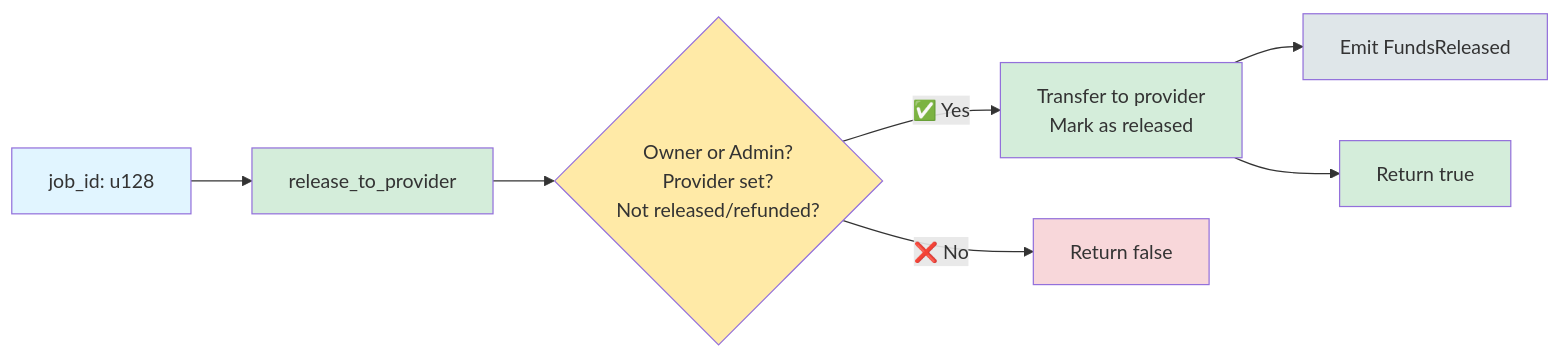
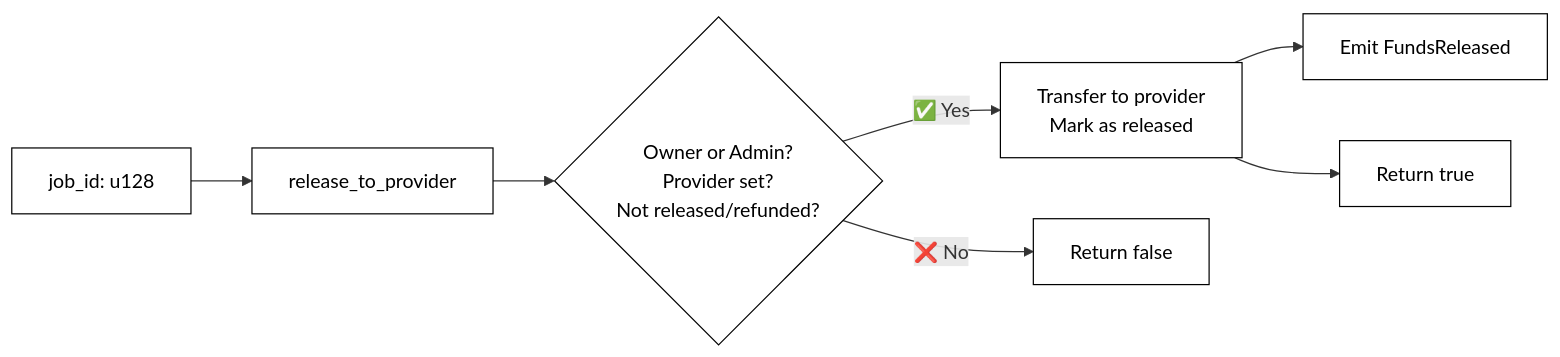
One commit to PolkaMesh/PolkaMesh-Contracts changed the sixth of 13 diagrams in payment_escrow/README.md. Above: the diagram before and after it, drawn with Mermaid. The commit also changed other lines of this file and 4 other files, not shown here.

````diff
--- a/payment_escrow/README.md
+++ b/payment_escrow/README.md
@@ -143,17 +143,17 @@
 ```mermaid
 graph LR
     A[job_id: u128] --> B[release_to_provider]
     B --> C{Owner or Admin?<br/>Provider set?<br/>Not released/refunded?}
     C -->|✅ Yes| D[Transfer to provider<br/>Mark as released]
     C -->|❌ No| E[Return false]
     D --> F[Emit FundsReleased]
     D --> G[Return true]
 
-    style A fill:#e1f5ff
-    style B fill:#d4edda
-    style C fill:#ffeaa7
-    style D fill:#d4edda
-    style E fill:#f8d7da
-    style F fill:#dfe6e9
-    style G fill:#d4edda
+    style A fill:#ffffff,stroke:#000000,color:#000000
+    style B fill:#ffffff,stroke:#000000,color:#000000
+    style C fill:#ffffff,stroke:#000000,color:#000000
+    style D fill:#ffffff,stroke:#000000,color:#000000
+    style E fill:#ffffff,stroke:#000000,color:#000000
+    style F fill:#ffffff,stroke:#000000,color:#000000
+    style G fill:#ffffff,stroke:#000000,color:#000000
 ```
````
